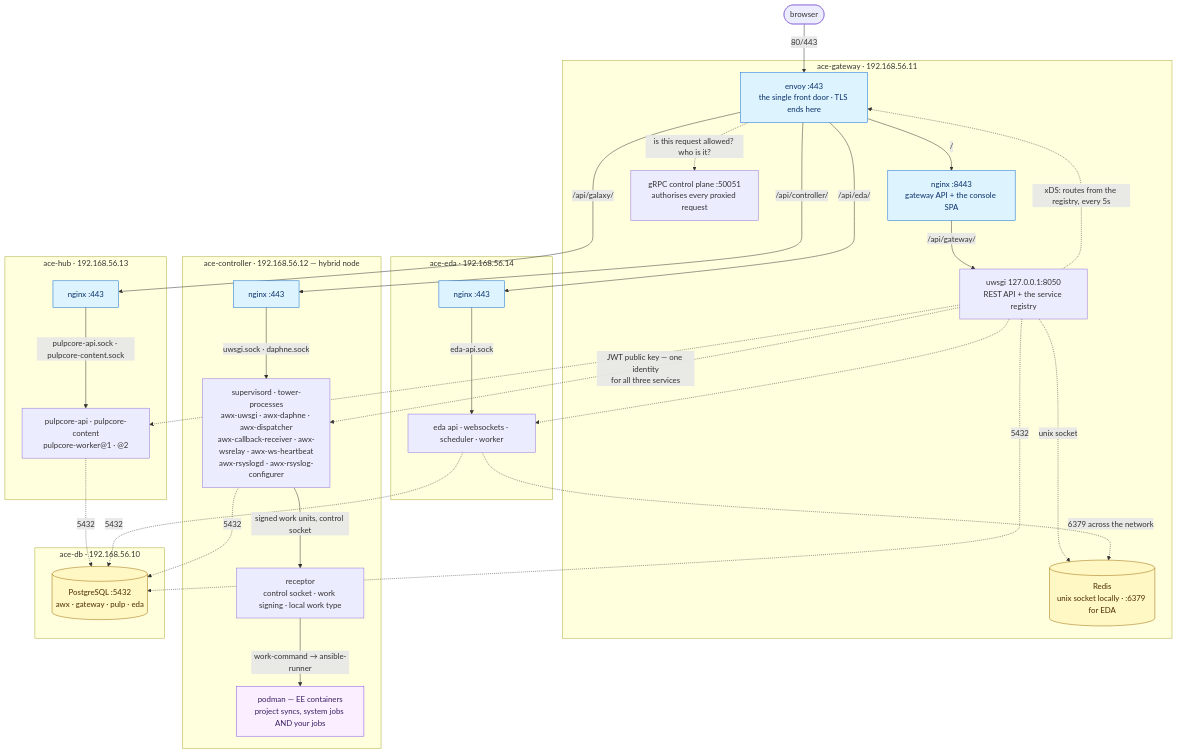
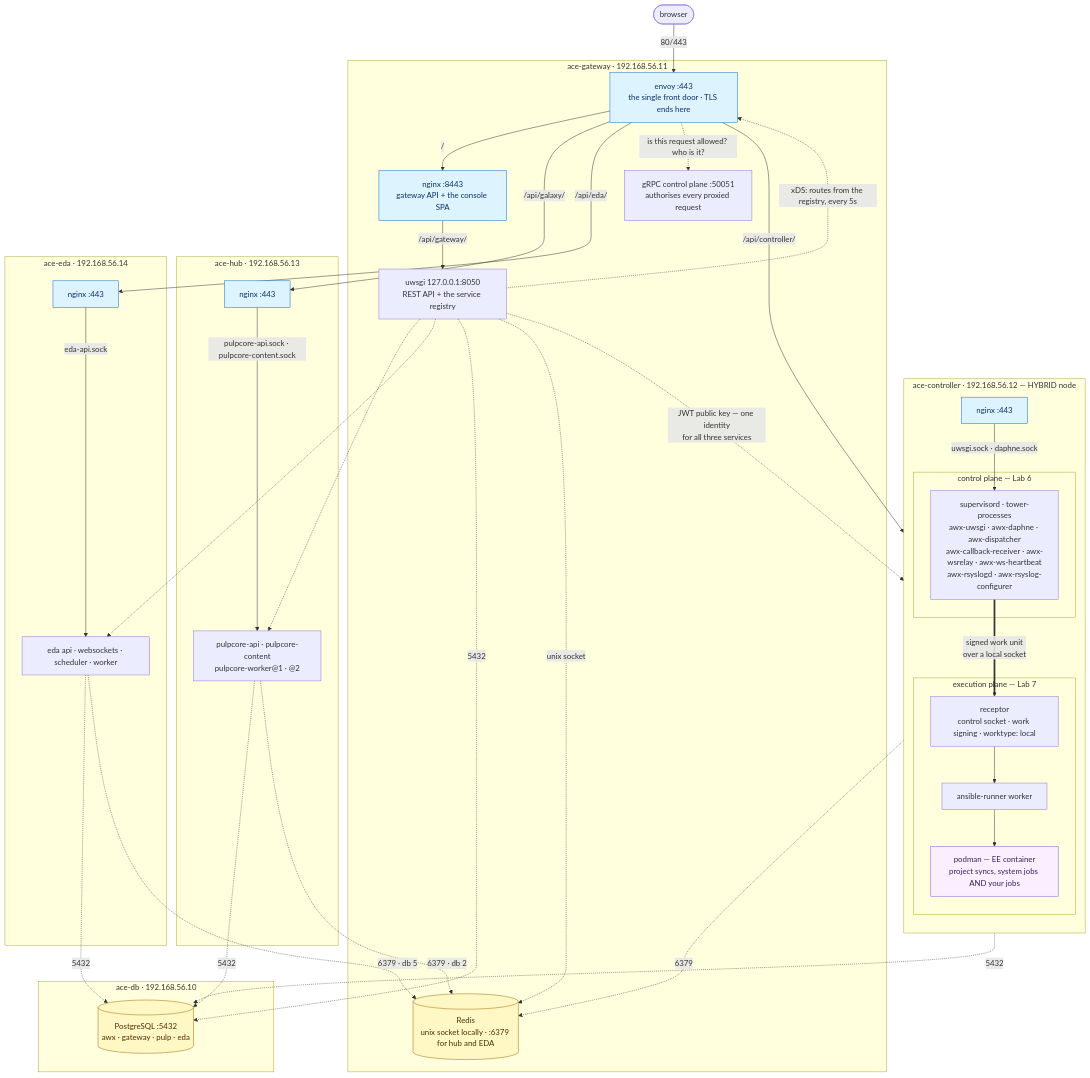
The diagram in README.md (sammonsjl/ace-the-hard-way), drawn with Mermaid before and after one commit. The commit also changed other lines of this file and 8 other files, not shown here.

First line of the commit message:
Split execution out of the controller into its own lab

````diff
--- a/README.md
+++ b/README.md
@@ -22,68 +22,78 @@
 ```mermaid
 flowchart TB
     browser(["browser"])
 
     subgraph GW["ace-gateway · 192.168.56.11"]
         envoy["envoy :443<br/>the single front door · TLS ends here"]
         gwnginx["nginx :8443<br/>gateway API + the console SPA"]
         gwuwsgi["uwsgi 127.0.0.1:8050<br/>REST API + the service registry"]
         gwgrpc["gRPC control plane :50051<br/>authorises every proxied request"]
-        redis[("Redis<br/>unix socket locally · :6379 for EDA")]
+        redis[("Redis<br/>unix socket locally · :6379 for hub and EDA")]
     end
 
-    subgraph CTL["ace-controller · 192.168.56.12 — hybrid node"]
+    subgraph CTL["ace-controller · 192.168.56.12 — HYBRID node"]
+        direction TB
         ctlnginx["nginx :443"]
-        ctlsup["supervisord · tower-processes<br/>awx-uwsgi · awx-daphne · awx-dispatcher<br/>awx-callback-receiver · awx-wsrelay · awx-ws-heartbeat<br/>awx-rsyslogd · awx-rsyslog-configurer"]
-        rcontrol["receptor<br/>control socket · work signing · local work type"]
-        podmanc["podman — EE containers<br/>project syncs, system jobs AND your jobs"]
+
+        subgraph CONTROL["control plane — Lab 6"]
+            ctlsup["supervisord · tower-processes<br/>awx-uwsgi · awx-daphne · awx-dispatcher<br/>awx-callback-receiver · awx-wsrelay · awx-ws-heartbeat<br/>awx-rsyslogd · awx-rsyslog-configurer"]
+        end
+
+        subgraph EXEC["execution plane — Lab 7"]
+            rcontrol["receptor<br/>control socket · work signing · worktype: local"]
+            runner["ansible-runner worker"]
+            podmanc["podman — EE container<br/>project syncs, system jobs AND your jobs"]
+        end
     end
 
     subgraph HUB["ace-hub · 192.168.56.13"]
         hubnginx["nginx :443"]
         hubproc["pulpcore-api · pulpcore-content<br/>pulpcore-worker@1 · @2"]
     end
 
     subgraph EDA["ace-eda · 192.168.56.14"]
         edanginx["nginx :443"]
         edaproc["eda api · websockets · scheduler · worker"]
     end
 
     subgraph DB["ace-db · 192.168.56.10"]
         pg[("PostgreSQL :5432<br/>awx · gateway · pulp · eda")]
     end
 
     browser -->|"80/443"| envoy
     envoy -->|"/"| gwnginx
     envoy -->|"/api/controller/"| ctlnginx
     envoy -->|"/api/galaxy/"| hubnginx
     envoy -->|"/api/eda/"| edanginx
     gwnginx -->|"/api/gateway/"| gwuwsgi
     ctlnginx -->|"uwsgi.sock · daphne.sock"| ctlsup
     hubnginx -->|"pulpcore-api.sock · pulpcore-content.sock"| hubproc
     edanginx -->|"eda-api.sock"| edaproc
 
     gwuwsgi -.->|"xDS: routes from the registry, every 5s"| envoy
     envoy -.->|"is this request allowed? who is it?"| gwgrpc
     gwuwsgi -.->|"JWT public key — one identity<br/>for all three services"| ctlsup
     gwuwsgi -.-> hubproc
     gwuwsgi -.-> edaproc
 
     gwuwsgi -.->|"5432"| pg
     ctlsup -.->|"5432"| pg
     hubproc -.->|"5432"| pg
     edaproc -.->|"5432"| pg
 
     gwuwsgi -.->|"unix socket"| redis
-    edaproc -.->|"6379 across the network"| redis
+    ctlsup -.->|"6379"| redis
+    hubproc -.->|"6379 · db 2"| redis
+    edaproc -.->|"6379 · db 5"| redis
 
-    ctlsup -->|"signed work units, control socket"| rcontrol
-    rcontrol -->|"work-command → ansible-runner"| podmanc
+    ctlsup ==>|"signed work unit<br/>over a local socket"| rcontrol
+    rcontrol --> runner
+    runner --> podmanc
 
-    classDef box fill:#f6f8fa,stroke:#57606a,color:#24292f
     classDef front fill:#ddf4ff,stroke:#0969da,color:#0a3069
     classDef store fill:#fff8c5,stroke:#9a6700,color:#4d2d00
     classDef sandbox fill:#fbefff,stroke:#8250df,color:#3b1e63
     class envoy,gwnginx,ctlnginx,hubnginx,edanginx front
     class pg,redis store
     class podmanc sandbox
 ```
````
